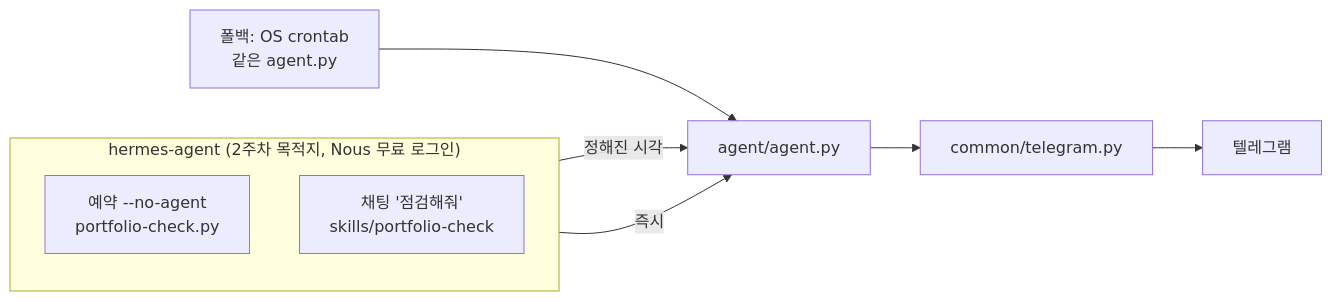
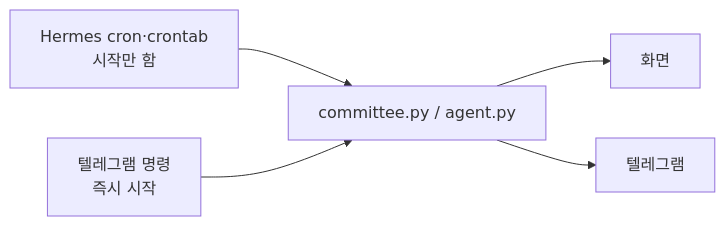
The fourth of 4 diagrams in lessons/참고/아키텍처.md (JungHoonGhae/thecamp-aitrading), drawn with Mermaid before and after one commit. The commit also changed other lines of this file and 23 other files, not shown here.

````diff
--- a/lessons/참고/아키텍처.md
+++ b/lessons/참고/아키텍처.md
@@ -37,14 +98,7 @@
 ```mermaid
 flowchart LR
-    subgraph 본편["hermes-agent (2주차 목적지, Nous 무료 로그인)"]
-      direction TB
-      CRON["예약 --no-agent<br/>portfolio-check.py"]
-      CHAT["채팅 '점검해줘'<br/>skills/portfolio-check"]
-    end
-    FB[폴백: OS crontab<br/>같은 agent.py]
-    CRON -->|정해진 시각| RUN[agent/agent.py]
-    CHAT -->|즉시| RUN
-    FB --> RUN
-    RUN --> TG[common/telegram.py]
-    TG --> TELEGRAM[텔레그램]
+    Schedule["Hermes cron·crontab<br/>시작만 함"] --> Agent["committee.py / agent.py"]
+    Chat["텔레그램 명령<br/>즉시 시작"] --> Agent
+    Agent --> Screen["화면"]
+    Agent --> Telegram["텔레그램"]
 ```
````
